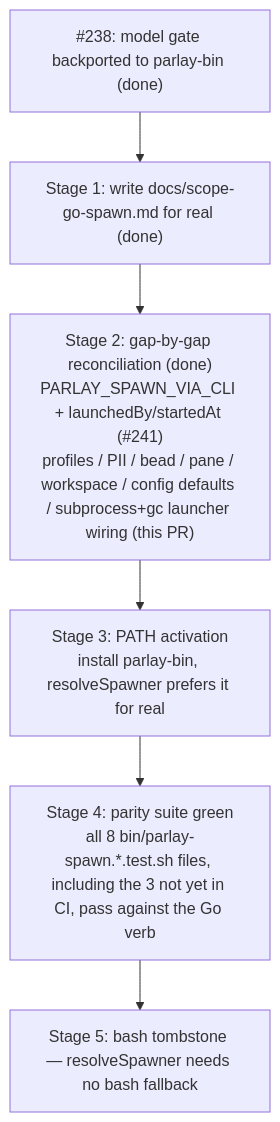
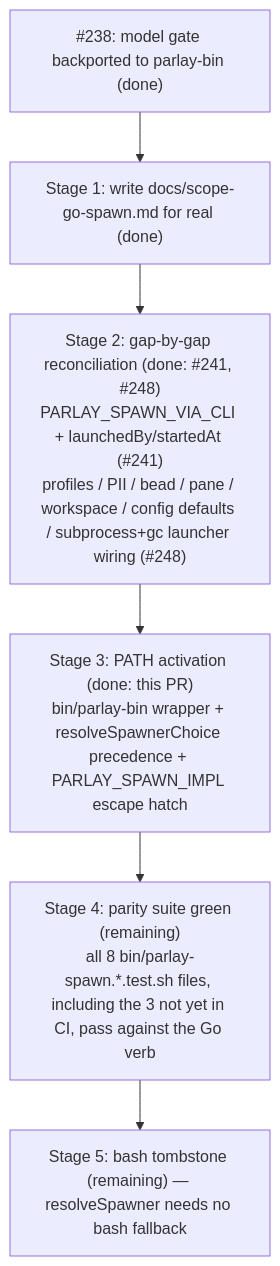
Before and after one commit to trillium/parlay: the diagram in docs/scope-go-spawn.md, drawn with Mermaid. The commit also changed other lines of this file and 9 other files, not shown here.

First line of the commit message:
Go spawn port Stage 4: PATH activation + resolveSpawner precedence

````diff
--- a/docs/scope-go-spawn.md
+++ b/docs/scope-go-spawn.md
@@ -307,8 +318,8 @@
 ```mermaid
 flowchart TB
     M1["#238: model gate backported to parlay-bin (done)"] --> S["Stage 1: write docs/scope-go-spawn.md for real (done)"]
-    S --> R1["Stage 2: gap-by-gap reconciliation (done)<br/>PARLAY_SPAWN_VIA_CLI + launchedBy/startedAt (#241)<br/>profiles / PII / bead / pane / workspace / config defaults / subprocess+gc launcher wiring (this PR)"]
-    R1 --> R2["Stage 3: PATH activation<br/>install parlay-bin, resolveSpawner prefers it for real"]
-    R2 --> R3["Stage 4: parity suite green<br/>all 8 bin/parlay-spawn.*.test.sh files, including the 3 not yet in CI, pass against the Go verb"]
-    R3 --> T["Stage 5: bash tombstone — resolveSpawner needs no bash fallback"]
+    S --> R1["Stage 2: gap-by-gap reconciliation (done: #241, #248)<br/>PARLAY_SPAWN_VIA_CLI + launchedBy/startedAt (#241)<br/>profiles / PII / bead / pane / workspace / config defaults / subprocess+gc launcher wiring (#248)"]
+    R1 --> R2["Stage 3: PATH activation (done: this PR)<br/>bin/parlay-bin wrapper + resolveSpawnerChoice precedence + PARLAY_SPAWN_IMPL escape hatch"]
+    R2 --> R3["Stage 4: parity suite green (remaining)<br/>all 8 bin/parlay-spawn.*.test.sh files, including the 3 not yet in CI, pass against the Go verb"]
+    R3 --> T["Stage 5: bash tombstone (remaining) — resolveSpawner needs no bash fallback"]
 ```
````
